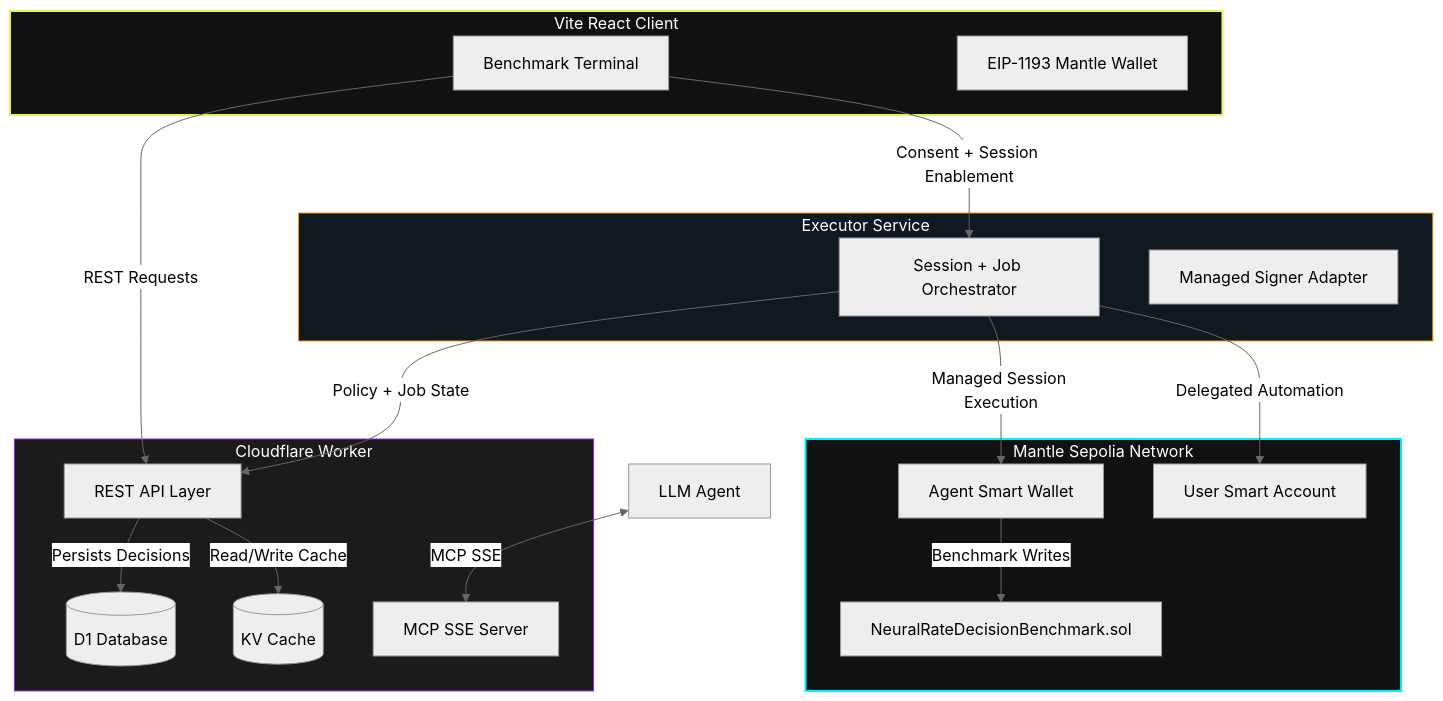
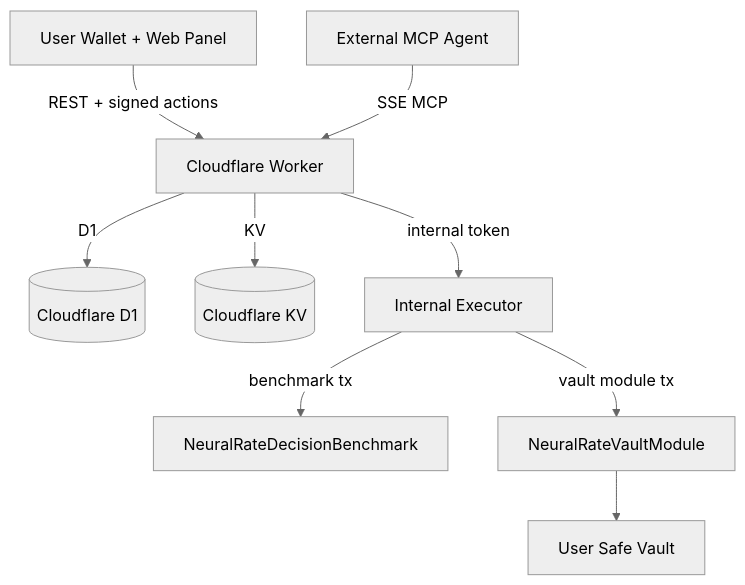
Before and after one commit to Lipe-lx/NeuralRate-MCP: the diagram in README.md, drawn with Mermaid (neutral theme). The commit also changed other lines of this file and 9 other files, not shown here.

````diff
--- a/README.md
+++ b/README.md
@@ -17,37 +41,11 @@
 ```mermaid
 graph TD
-    subgraph UI [Vite React Client]
-        D[Benchmark Terminal]
-        W[EIP-1193 Mantle Wallet]
-    end
-    subgraph Backend [Cloudflare Worker]
-        API[REST API Layer]
-        MCP[MCP SSE Server]
-        KV[(KV Cache)]
-        D1[(D1 Database)]
-    end
-    subgraph Executor [Executor Service]
-        EX[Session + Job Orchestrator]
-        MS[Managed Signer Adapter]
-    end
-    subgraph Chain [Mantle Sepolia Network]
-        SC[NeuralRateDecisionBenchmark.sol]
-        USA[User Smart Account]
-        ASW[Agent Smart Wallet]
-    end
-
-    D -->|REST Requests| API
-    Agent[LLM Agent] <-->|MCP SSE| MCP
-    D -->|Consent + Session Enablement| EX
-    API -->|Persists Decisions| D1
-    API -->|Read/Write Cache| KV
-    EX -->|Policy + Job State| API
-    EX -->|Managed Session Execution| ASW
-    EX -->|Delegated Automation| USA
-    ASW -->|Benchmark Writes| SC
-
-    style UI fill:#111,stroke:#DFF651,stroke-width:2px,color:#fff
-    style Backend fill:#1b1b1b,stroke:#8A2BE2,stroke-width:1px,color:#fff
-    style Executor fill:#101820,stroke:#f59e0b,stroke-width:1px,color:#fff
-    style Chain fill:#111,stroke:#00F0FF,stroke-width:2px,color:#fff
+    User[User Wallet + Web Panel] -->|REST + signed actions| Worker[Cloudflare Worker]
+    Agent[External MCP Agent] -->|SSE MCP| Worker
+    Worker -->|D1| D1[(Cloudflare D1)]
+    Worker -->|KV| KV[(Cloudflare KV)]
+    Worker -->|internal token| Executor[Internal Executor]
+    Executor -->|benchmark tx| Benchmark[NeuralRateDecisionBenchmark]
+    Executor -->|vault module tx| VaultModule[NeuralRateVaultModule]
+    VaultModule --> Safe[User Safe Vault]
 ```
````
